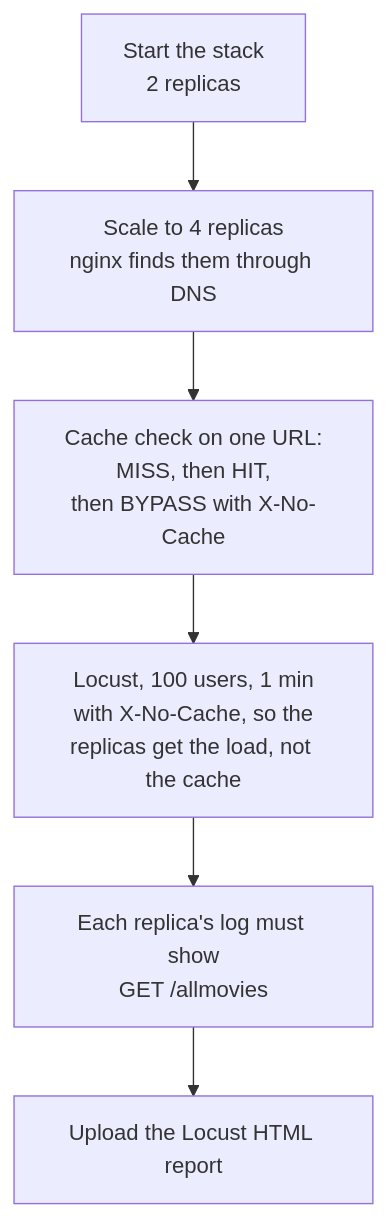
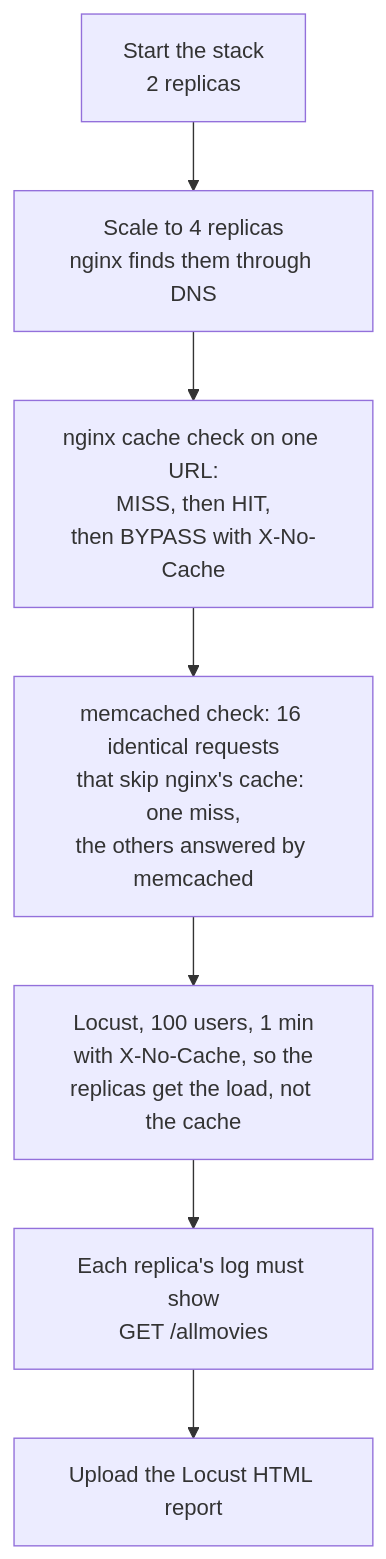
The second of 2 diagrams in CI_CD.md (ybouilla/hiparis_project), drawn with Mermaid before and after one commit. The commit also changed other lines of this file and 7 other files, not shown here.

Commit message:
Includes memcached for caching; details: Includes a Response header: a new X-App-Cache header says where an answer came from: memory, memcached or miss. Updates tests and CI

````diff
--- a/CI_CD.md
+++ b/CI_CD.md
@@ -71,8 +71,9 @@
 ```mermaid
 flowchart TD
     s1["Start the stack<br/>2 replicas"] --> s2["Scale to 4 replicas<br/>nginx finds them through DNS"]
-    s2 --> s3["Cache check on one URL:<br/>MISS, then HIT,<br/>then BYPASS with X-No-Cache"]
-    s3 --> s4["Locust, 100 users, 1 min<br/>with X-No-Cache, so the<br/>replicas get the load, not the cache"]
+    s2 --> s3["nginx cache check on one URL:<br/>MISS, then HIT,<br/>then BYPASS with X-No-Cache"]
+    s3 --> s3b["memcached check: 16 identical requests<br/>that skip nginx's cache: one miss,<br/>the others answered by memcached"]
+    s3b --> s4["Locust, 100 users, 1 min<br/>with X-No-Cache, so the<br/>replicas get the load, not the cache"]
     s4 --> s5["Each replica's log must show<br/>GET /allmovies"]
     s5 --> s6["Upload the Locust HTML report"]
 ```
````
